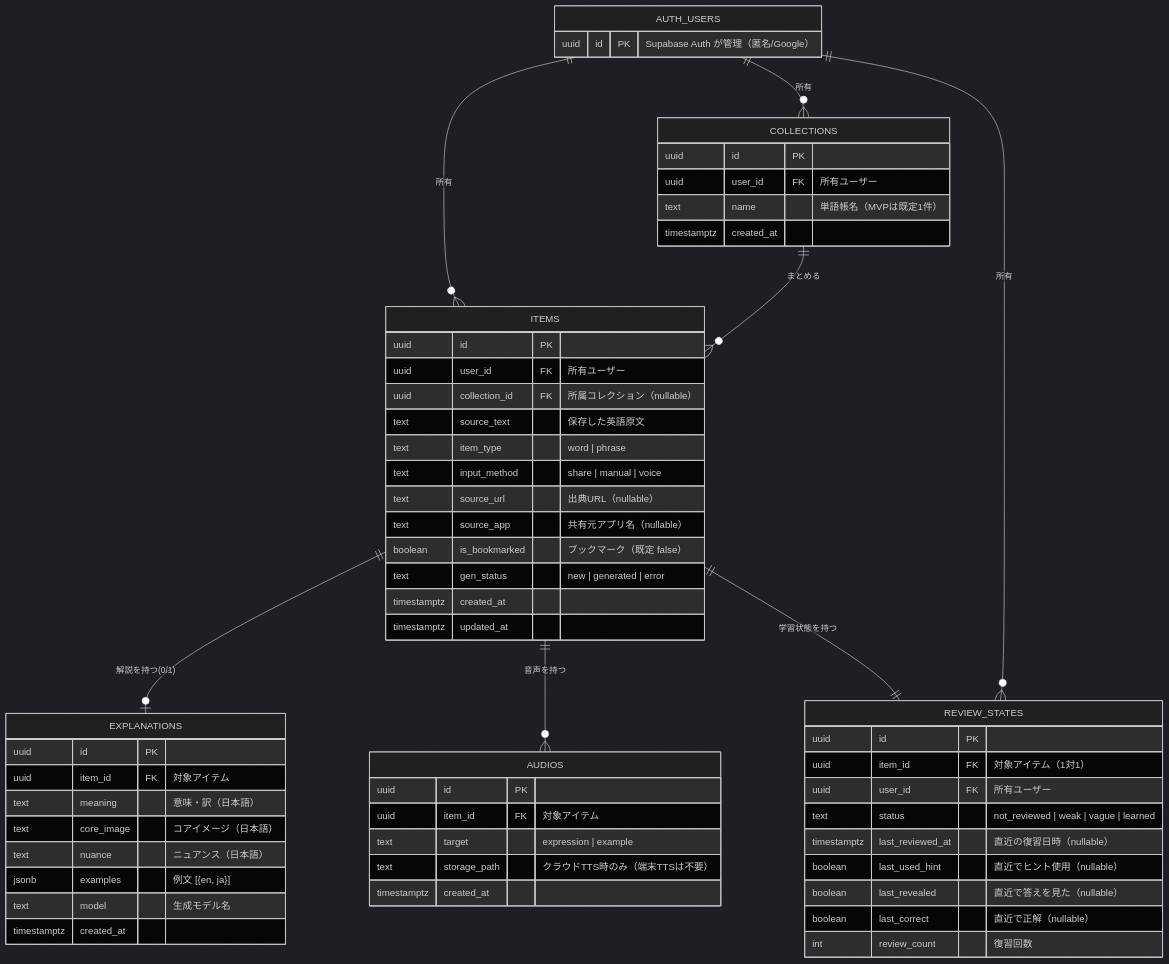
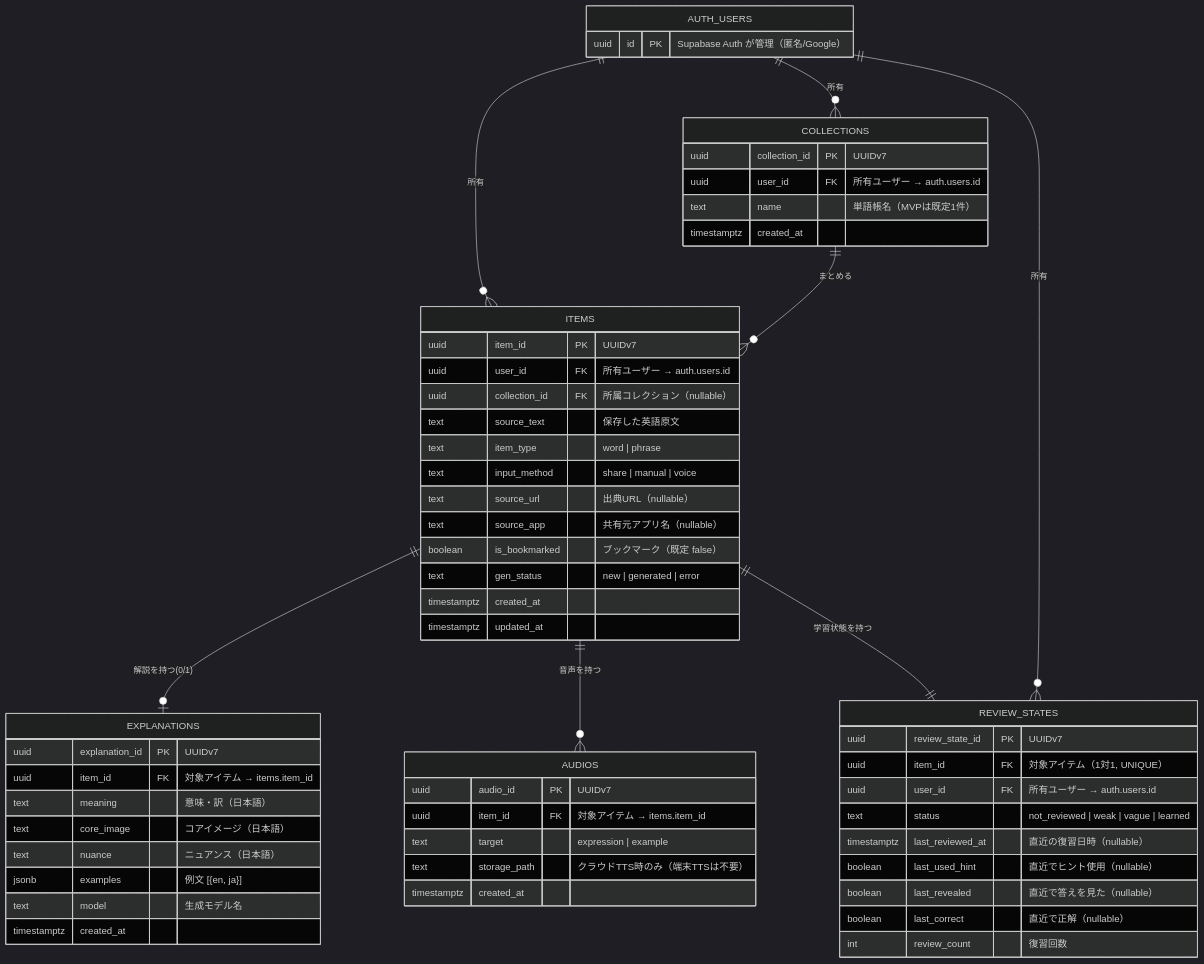
One commit to komikonkon/Rakuku changed the diagram in docs/er-diagram.md. Above: the diagram before and after it, drawn with Mermaid (dark theme). The commit also changed other lines of this file and 1 other file, not shown here.

Commit message:
Adopt <entity>_id PK naming and UUIDv7 across data model
- PK名を<entity>_id(item_id/collection_id等)に変更し自己説明的に
- PK型をUUIDv7(時系列・クライアント生成可・挿入局所性◎)に統一
- ER図と要件§8にPK・命名規約セクションと生成方法の注記を追加

https://claude.ai/code/session_01UQiJa8qsShUpzXQ9n8yj7d

````diff
--- a/docs/er-diagram.md
+++ b/docs/er-diagram.md
@@ -14,67 +14,67 @@
 ```mermaid
 erDiagram
     AUTH_USERS  ||--o{ COLLECTIONS    : "所有"
     AUTH_USERS  ||--o{ ITEMS          : "所有"
     COLLECTIONS ||--o{ ITEMS          : "まとめる"
     ITEMS       ||--o| EXPLANATIONS   : "解説を持つ(0/1)"
     ITEMS       ||--o{ AUDIOS         : "音声を持つ"
     ITEMS       ||--|| REVIEW_STATES  : "学習状態を持つ"
     AUTH_USERS  ||--o{ REVIEW_STATES  : "所有"
 
     AUTH_USERS {
         uuid id PK "Supabase Auth が管理（匿名/Google）"
     }
 
     COLLECTIONS {
-        uuid        id          PK
-        uuid        user_id     FK "所有ユーザー"
-        text        name        "単語帳名（MVPは既定1件）"
+        uuid        collection_id PK "UUIDv7"
+        uuid        user_id       FK "所有ユーザー → auth.users.id"
+        text        name          "単語帳名（MVPは既定1件）"
         timestamptz created_at
     }
 
     ITEMS {
-        uuid        id            PK
-        uuid        user_id       FK "所有ユーザー"
+        uuid        item_id       PK "UUIDv7"
+        uuid        user_id       FK "所有ユーザー → auth.users.id"
         uuid        collection_id FK "所属コレクション（nullable）"
         text        source_text   "保存した英語原文"
         text        item_type     "word | phrase"
         text        input_method  "share | manual | voice"
         text        source_url    "出典URL（nullable）"
         text        source_app    "共有元アプリ名（nullable）"
         boolean     is_bookmarked "ブックマーク（既定 false）"
         text        gen_status    "new | generated | error"
         timestamptz created_at
         timestamptz updated_at
     }
 
     EXPLANATIONS {
-        uuid        id          PK
-        uuid        item_id     FK "対象アイテム"
-        text        meaning     "意味・訳（日本語）"
-        text        core_image  "コアイメージ（日本語）"
-        text        nuance      "ニュアンス（日本語）"
-        jsonb       examples    "例文 [{en, ja}]"
-        text        model       "生成モデル名"
+        uuid        explanation_id PK "UUIDv7"
+        uuid        item_id        FK "対象アイテム → items.item_id"
+        text        meaning        "意味・訳（日本語）"
+        text        core_image     "コアイメージ（日本語）"
+        text        nuance         "ニュアンス（日本語）"
+        jsonb       examples       "例文 [{en, ja}]"
+        text        model          "生成モデル名"
         timestamptz created_at
     }
 
     AUDIOS {
-        uuid        id           PK
-        uuid        item_id      FK "対象アイテム"
+        uuid        audio_id     PK "UUIDv7"
+        uuid        item_id      FK "対象アイテム → items.item_id"
         text        target       "expression | example"
         text        storage_path "クラウドTTS時のみ（端末TTSは不要）"
         timestamptz created_at
     }
 
     REVIEW_STATES {
-        uuid        id               PK
-        uuid        item_id          FK "対象アイテム（1対1）"
-        uuid        user_id          FK "所有ユーザー"
+        uuid        review_state_id  PK "UUIDv7"
+        uuid        item_id          FK "対象アイテム（1対1, UNIQUE）"
+        uuid        user_id          FK "所有ユーザー → auth.users.id"
         text        status           "not_reviewed | weak | vague | learned"
         timestamptz last_reviewed_at "直近の復習日時（nullable）"
         boolean     last_used_hint   "直近でヒント使用（nullable）"
         boolean     last_revealed    "直近で答えを見た（nullable）"
         boolean     last_correct     "直近で正解（nullable）"
         int         review_count     "復習回数"
     }
 ```
````
